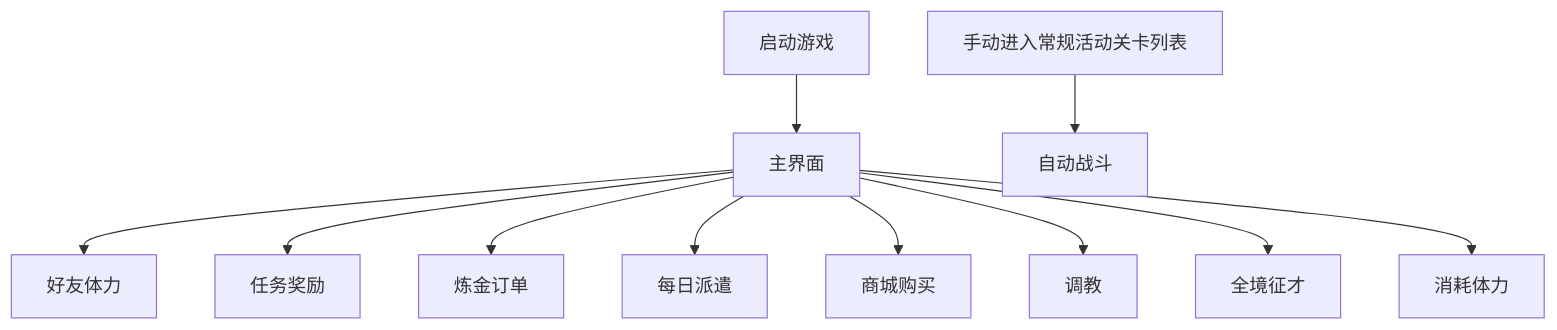
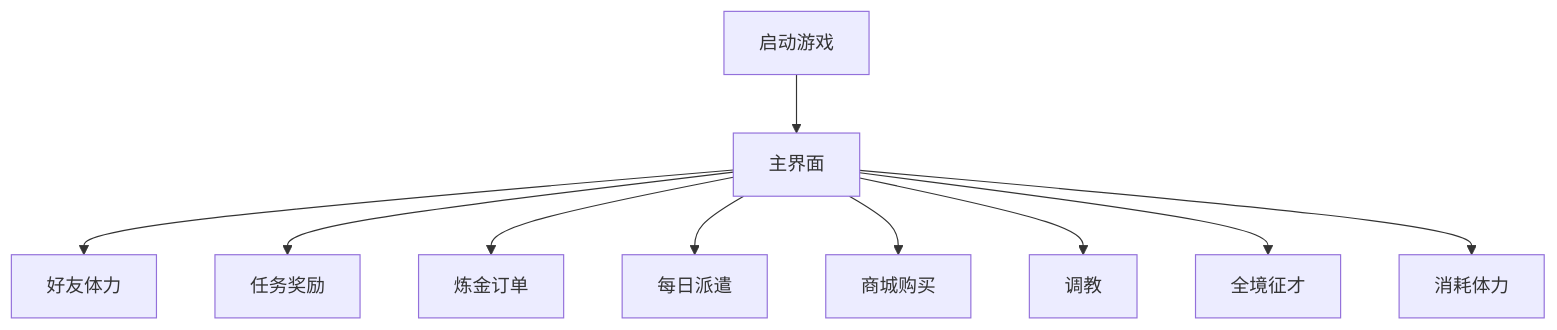
One commit to cccrx1/TKFMaa changed the diagram in docs/zh_cn/tasks/README.md. Above: the diagram before and after it, drawn with Mermaid. The commit also changed other lines of this file and 25 other files, not shown here.

````diff
--- a/docs/zh_cn/tasks/README.md
+++ b/docs/zh_cn/tasks/README.md
@@ -10,14 +5,13 @@
 ```mermaid
 flowchart TD
     Main[主界面]
     Login[启动游戏] --> Main
     Main --> Friend[好友体力]
     Main --> Rewards[任务奖励]
     Main --> Alchemy[炼金订单]
     Main --> Dispatch[每日派遣]
     Main --> Shop[商城购买]
     Main --> Training[调教]
     Main --> Recruitment[全境征才]
     Main --> Stamina[消耗体力]
-    Manual[手动进入常规活动关卡列表] --> AutoBattle[自动战斗]
 ```
````
